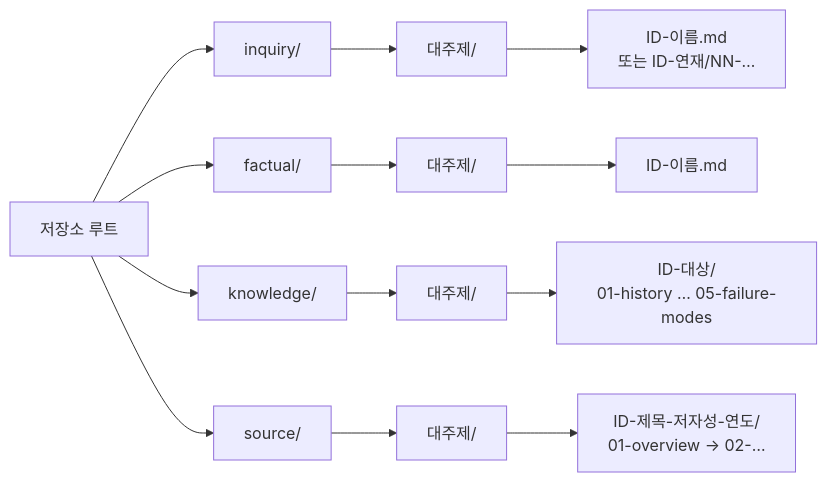
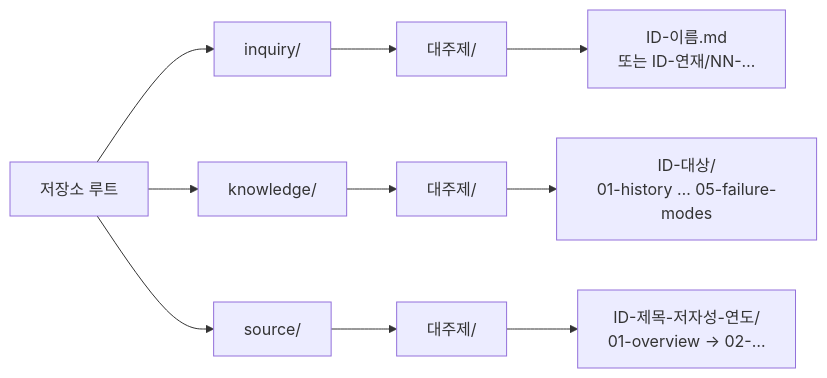
Before and after one commit to gunhaa/QnA: the first of 3 diagrams in ARCHITECTURE.md, drawn with Mermaid. The commit also changed other lines of this file and 2 other files, not shown here.

First line of the commit message:
docs: 문서 유형을 inquiry·knowledge·source 셋으로 정리

````diff
--- a/ARCHITECTURE.md
+++ b/ARCHITECTURE.md
@@ -29,8 +27,7 @@
 ```mermaid
 flowchart LR
-    root["저장소 루트"] --> q["inquiry/"] & f["factual/"] & k["knowledge/"] & s["source/"]
+    root["저장소 루트"] --> q["inquiry/"] & k["knowledge/"] & s["source/"]
     q --> qm["대주제/"] --> qf["ID-이름.md<br/>또는 ID-연재/NN-…"]
-    f --> fm["대주제/"] --> ff["ID-이름.md"]
     k --> km["대주제/"] --> kt["ID-대상/<br/>01-history … 05-failure-modes"]
     s --> sm["대주제/"] --> sw["ID-제목-저자성-연도/<br/>01-overview → 02-…"]
 ```
````
